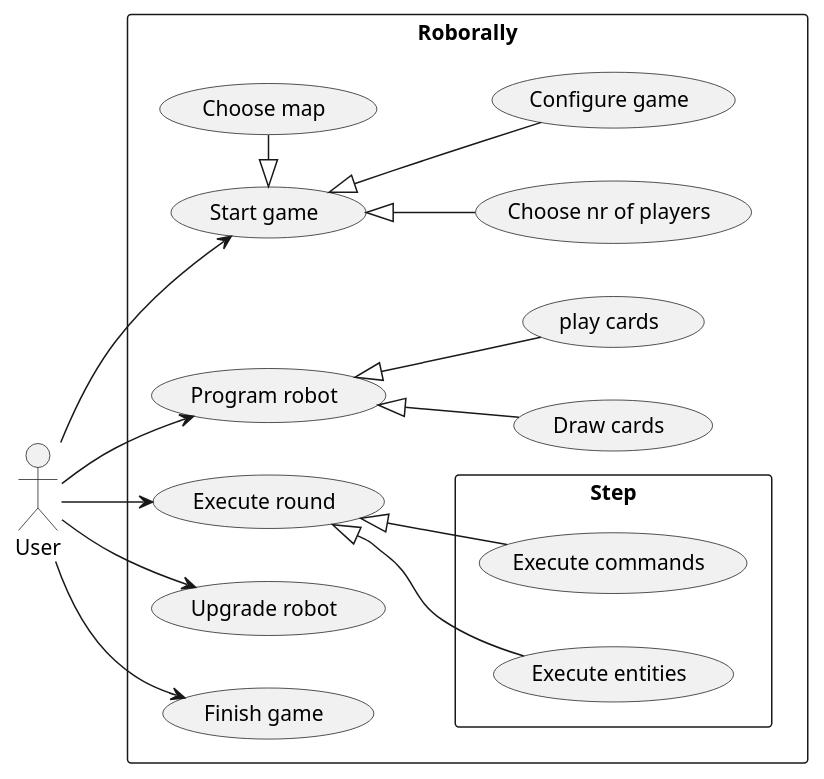
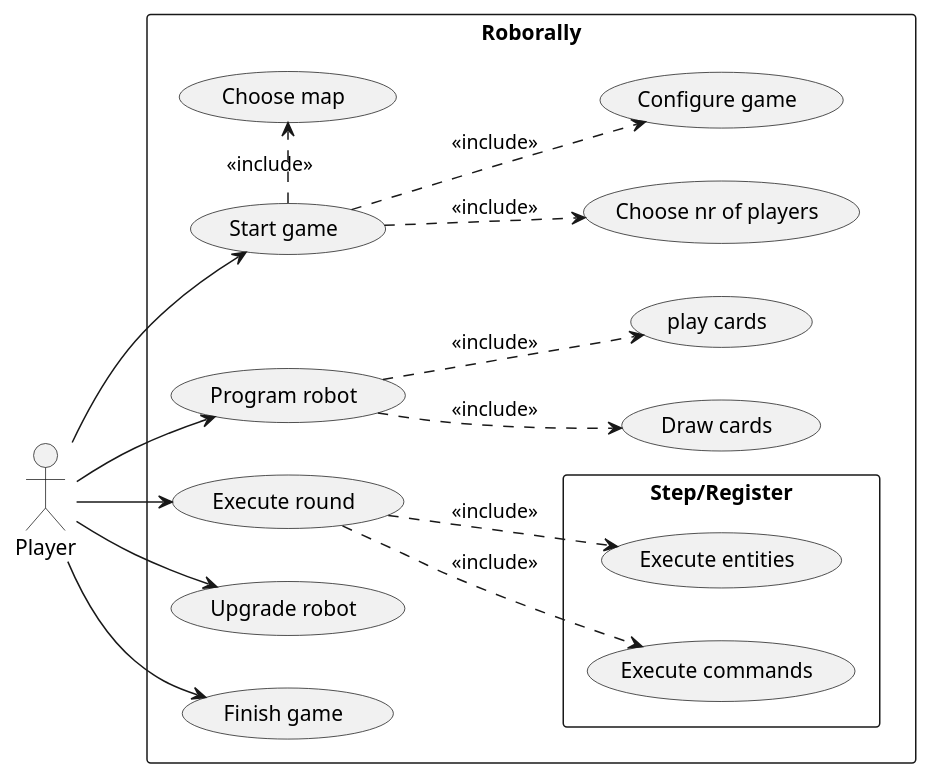
One commit to CDIO-gr-17/RoboRally changed the diagram in src/main/Diagrams/UserUseCases.puml. Above: the diagram before and after it, drawn with PlantUML. The commit also changed 1 other file, not shown here.

Commit message:
UsecaseDiagram updated execution of entities added

```diff
--- a/src/main/Diagrams/UserUseCases.puml
+++ b/src/main/Diagrams/UserUseCases.puml
@@ -1,42 +1,42 @@
 @startuml
 'https://plantuml.com/use-case-diagram
 Left to right direction
-actor User as U
+actor Player as U
 Rectangle Roborally {
 usecase "Start game"
     usecase "Choose map"
     usecase "Choose nr of players"
     usecase "Configure game" as CG
 usecase "Program robot" as PR
     usecase "Draw cards"
     usecase "play cards"
 
 usecase "Execute round"
-rectangle Step{
+rectangle Step/Register{
 usecase "Execute commands"
     usecase "Execute entities"
 }
 
 usecase "Upgrade robot" as UR
 usecase "Finish game"
 }
 
 
-"Start game" <|-- CG
-"Start game" <|- "Choose map"
-"Start game" <|-- "Choose nr of players"
+"Start game" ..> CG :<<include>>
+"Start game" .> "Choose map":<<include>>
+"Start game" ..> "Choose nr of players":<<include>>
 
-"Execute round" <|-- "Execute commands"
-"Execute round" <|-- "Execute entities"
+"Execute round" ..> "Execute commands": <<include>>
+"Execute round" ..> "Execute entities": <<include>>
 
-PR <|-- "Draw cards"
-PR <|-- "play cards"
+PR ..> "Draw cards":<<include>>
+PR ..> "play cards":<<include>>
 
 U --> "Execute round"
 U --> "Start game"
 U --> PR
 U-->UR
 U --> "Finish game"
 
 
 @enduml
```
